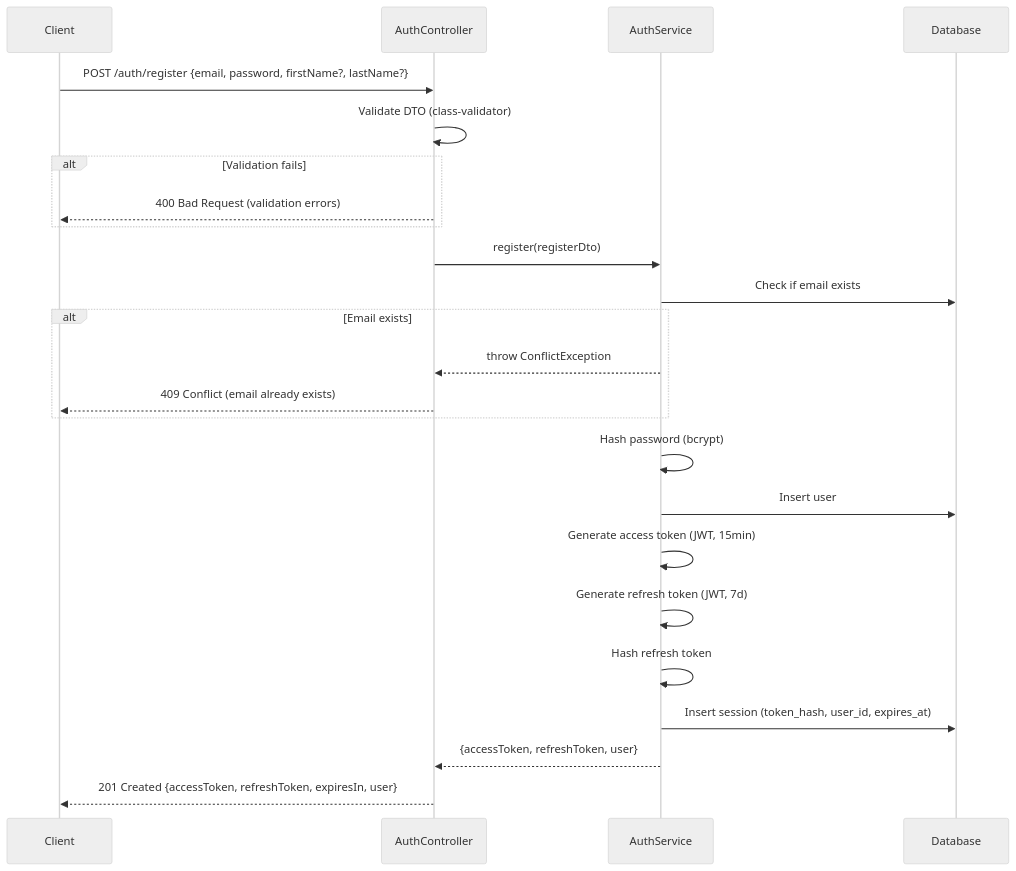
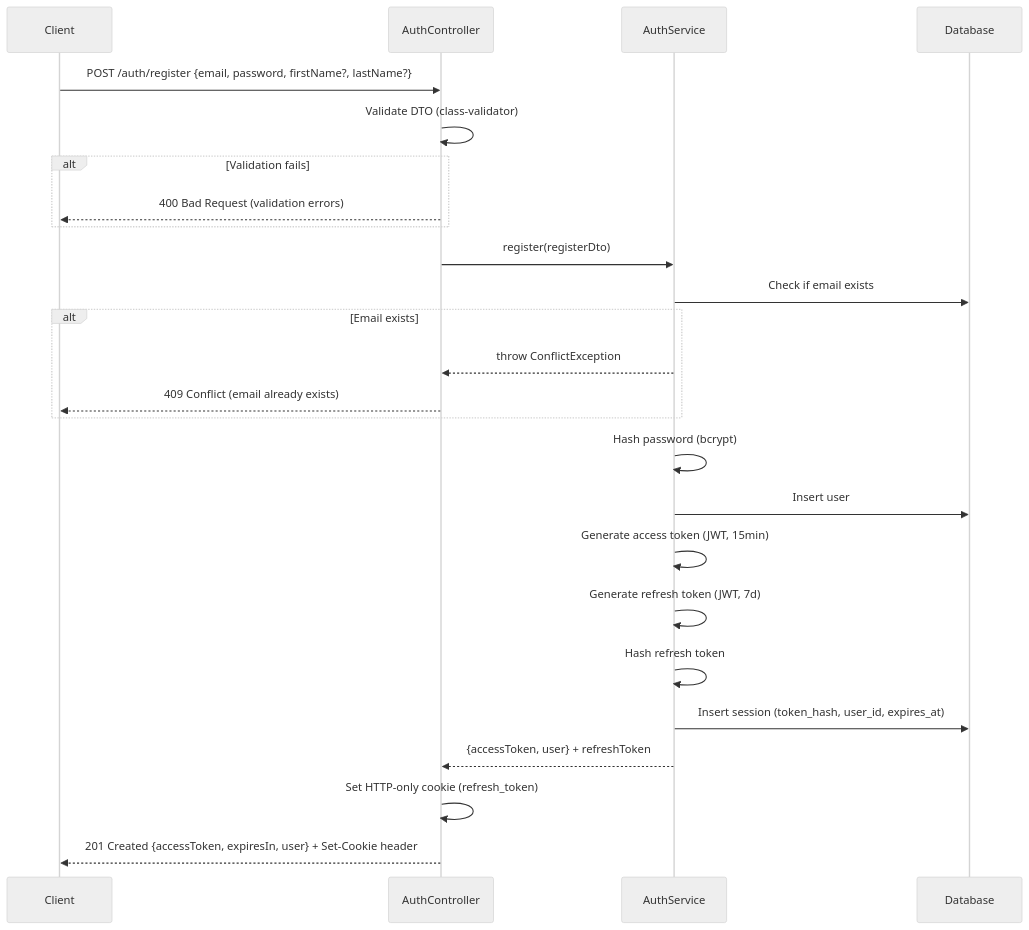
Before and after one commit to LeoChiu1027/cms: the first of 5 diagrams in docs/auth-sequences.md, drawn with Mermaid (neutral theme). The commit also changed other lines of this file and 15 other files, not shown here.

````diff
--- a/docs/auth-sequences.md
+++ b/docs/auth-sequences.md
@@ -5,31 +5,32 @@
 ```mermaid
 sequenceDiagram
     participant C as Client
     participant AC as AuthController
     participant AS as AuthService
     participant DB as Database
 
     C->>AC: POST /auth/register {email, password, firstName?, lastName?}
     AC->>AC: Validate DTO (class-validator)
 
     alt Validation fails
         AC-->>C: 400 Bad Request (validation errors)
     end
 
     AC->>AS: register(registerDto)
     AS->>DB: Check if email exists
 
     alt Email exists
         AS-->>AC: throw ConflictException
         AC-->>C: 409 Conflict (email already exists)
     end
 
     AS->>AS: Hash password (bcrypt)
     AS->>DB: Insert user
     AS->>AS: Generate access token (JWT, 15min)
     AS->>AS: Generate refresh token (JWT, 7d)
     AS->>AS: Hash refresh token
     AS->>DB: Insert session (token_hash, user_id, expires_at)
-    AS-->>AC: {accessToken, refreshToken, user}
-    AC-->>C: 201 Created {accessToken, refreshToken, expiresIn, user}
+    AS-->>AC: {accessToken, user} + refreshToken
+    AC->>AC: Set HTTP-only cookie (refresh_token)
+    AC-->>C: 201 Created {accessToken, expiresIn, user} + Set-Cookie header
 ```
````
